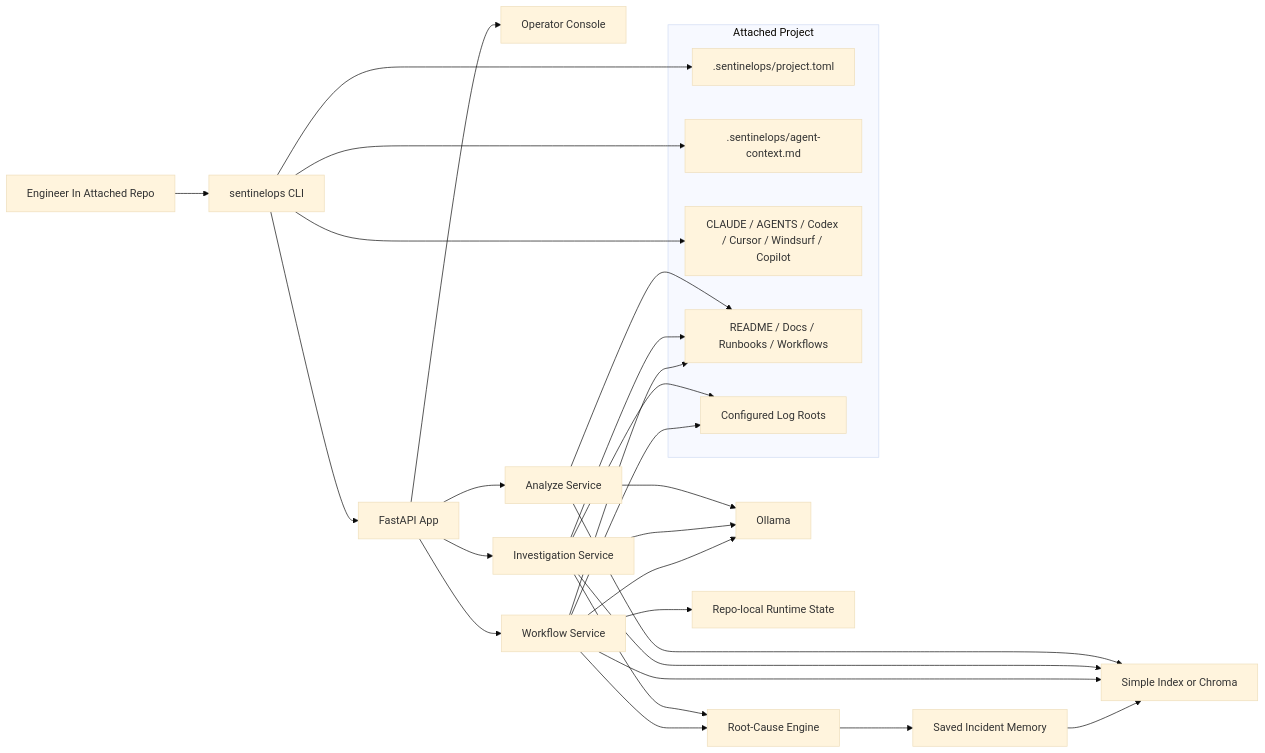
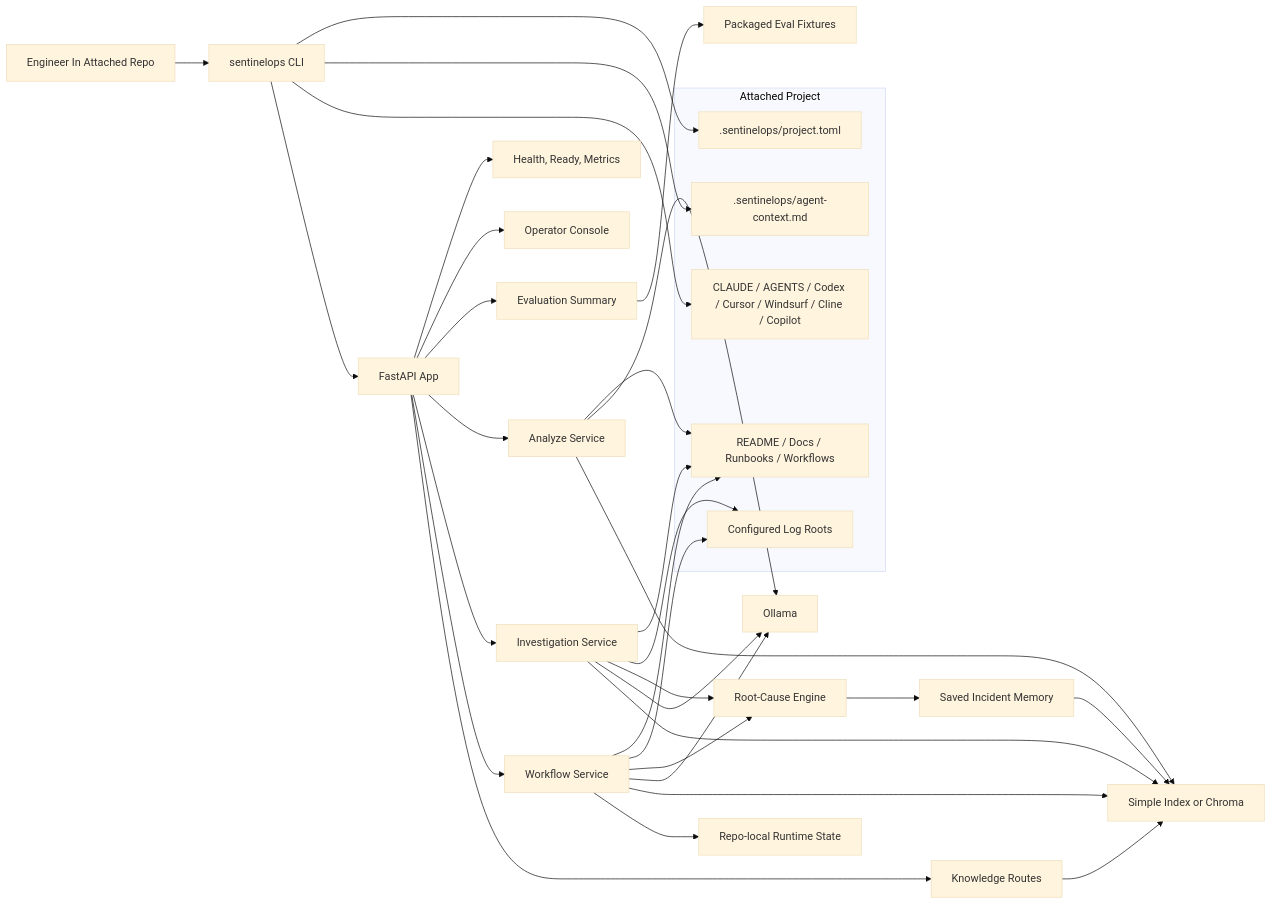
One commit to saikumar1767/Sentinel-Ops changed the first of 9 diagrams in docs/architecture.md. Above: the diagram before and after it, drawn with Mermaid (base theme). The commit also changed other lines of this file and 8 other files, not shown here.

````diff
--- a/docs/architecture.md
+++ b/docs/architecture.md
@@ -27,35 +27,40 @@
 ```mermaid
 flowchart LR
     Engineer["Engineer In Attached Repo"] --> CLI["sentinelops CLI"]
     subgraph Repo["Attached Project"]
         Manifest[".sentinelops/project.toml"]
         AgentContext[".sentinelops/agent-context.md"]
-        Rules["CLAUDE / AGENTS / Codex / Cursor / Windsurf / Copilot"]
+        Rules["CLAUDE / AGENTS / Codex / Cursor / Windsurf / Cline / Copilot"]
         Docs["README / Docs / Runbooks / Workflows"]
         Logs["Configured Log Roots"]
     end
     CLI --> Manifest
     CLI --> AgentContext
     CLI --> Rules
     CLI --> API["FastAPI App"]
+    API --> System["Health, Ready, Metrics"]
     API --> Console["Operator Console"]
+    API --> Eval["Evaluation Summary"]
     API --> Analyze["Analyze Service"]
     API --> Investigate["Investigation Service"]
     API --> Workflow["Workflow Service"]
+    API --> Knowledge["Knowledge Routes"]
     Analyze --> Docs
     Investigate --> Docs
     Investigate --> Logs
     Workflow --> Docs
     Workflow --> Logs
     Investigate --> Brain["Root-Cause Engine"]
     Workflow --> Brain
     Analyze --> Ollama["Ollama"]
     Investigate --> Ollama
     Workflow --> Ollama
     Analyze --> Retrieval["Simple Index or Chroma"]
     Investigate --> Retrieval
     Workflow --> Retrieval
+    Knowledge --> Retrieval
     Brain --> IncidentMemory["Saved Incident Memory"]
     IncidentMemory --> Retrieval
+    Eval --> EvalFixtures["Packaged Eval Fixtures"]
     Workflow --> RuntimeState["Repo-local Runtime State"]
 ```
````
